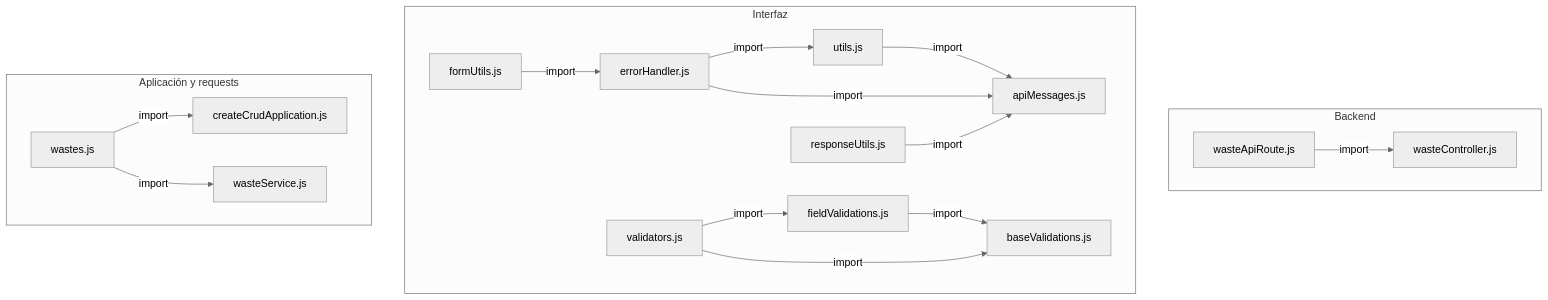
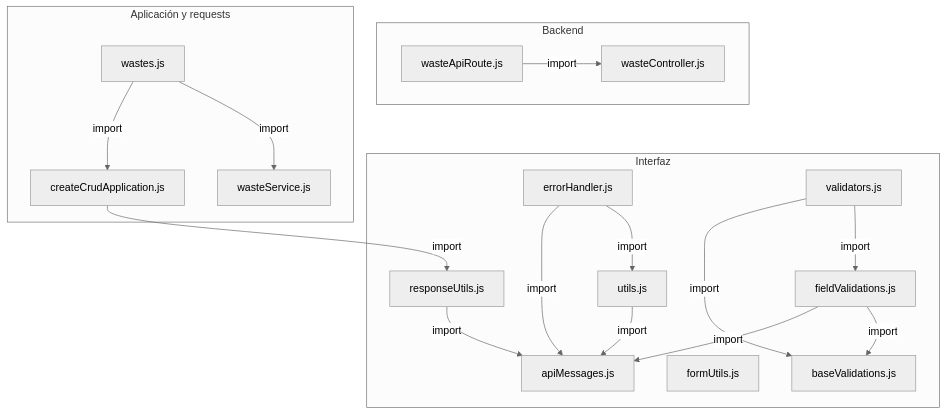
Before and after one commit to gpgsistemas01/nexus: the first of 2 diagrams in docs/architecture/views/processes/frontend-code-sequences/catalogs/cu-alm-11.md, drawn with Mermaid (neutral theme). The commit also changed 200 other files, not shown here.

````diff
--- a/docs/architecture/views/processes/frontend-code-sequences/catalogs/cu-alm-11.md
+++ b/docs/architecture/views/processes/frontend-code-sequences/catalogs/cu-alm-11.md
@@ -50,33 +50,34 @@
 ```mermaid
 flowchart TB
     subgraph Component0["Backend"]
         FileWasteController["wasteController.js"]
         Transport["wasteApiRoute.js"]
     end
     subgraph Component1["Interfaz"]
         FileUtils["utils.js"]
         FileApiMessages["apiMessages.js"]
         FormUtils["formUtils.js"]
         FileErrorHandler["errorHandler.js"]
         FileResponseUtils["responseUtils.js"]
         FileBaseValidations["baseValidations.js"]
         FileFieldValidations["fieldValidations.js"]
         FileValidators["validators.js"]
     end
     subgraph Component2["Aplicación y requests"]
         Application["createCrudApplication.js"]
         FileWastes["wastes.js"]
         Request["wasteService.js"]
     end
-    FileUtils -->|import| FileApiMessages
-    FileWastes -->|import| Request
-    FileWastes -->|import| Application
-    FormUtils -->|import| FileErrorHandler
+    Application -->|import| FileResponseUtils
     FileErrorHandler -->|import| FileApiMessages
     FileErrorHandler -->|import| FileUtils
+    FileFieldValidations -->|import| FileApiMessages
+    FileFieldValidations -->|import| FileBaseValidations
     FileResponseUtils -->|import| FileApiMessages
-    FileFieldValidations -->|import| FileBaseValidations
+    FileUtils -->|import| FileApiMessages
     FileValidators -->|import| FileBaseValidations
     FileValidators -->|import| FileFieldValidations
+    FileWastes -->|import| Application
+    FileWastes -->|import| Request
     Transport -->|import| FileWasteController
 ```
````
